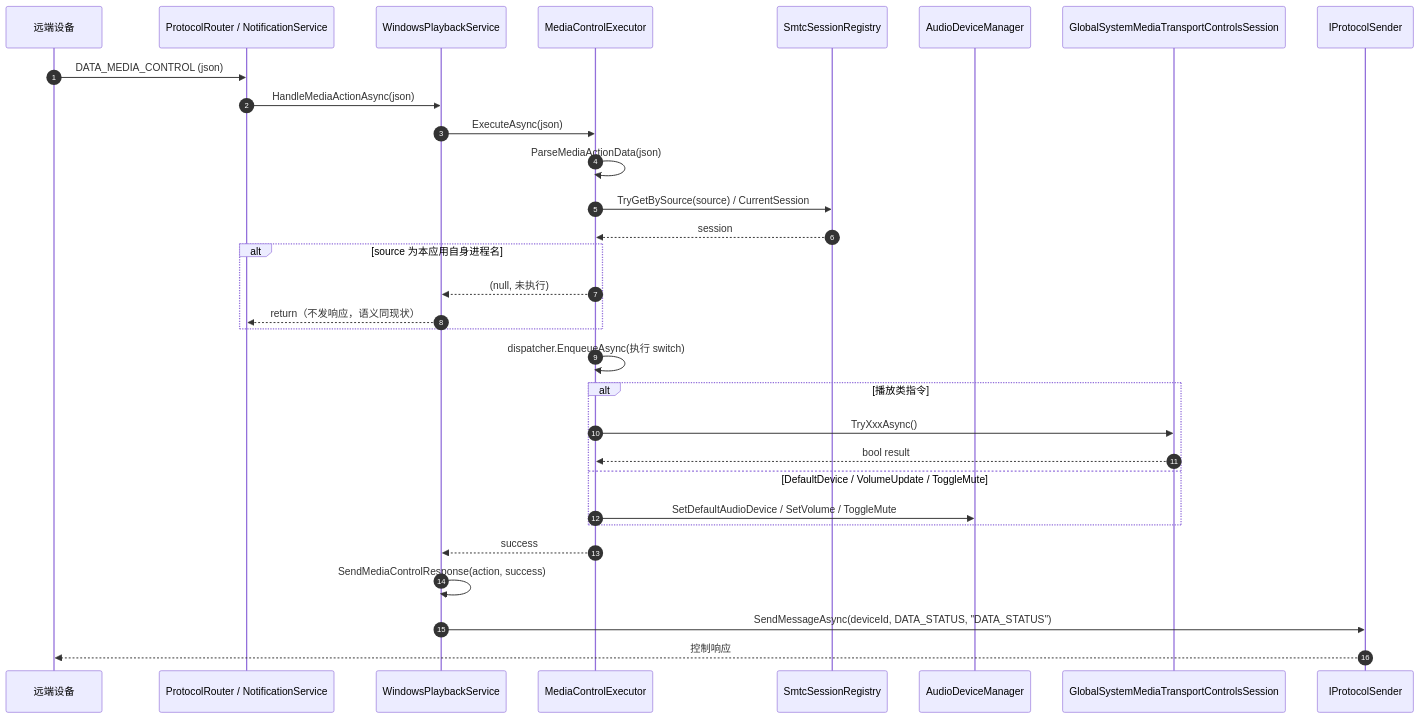
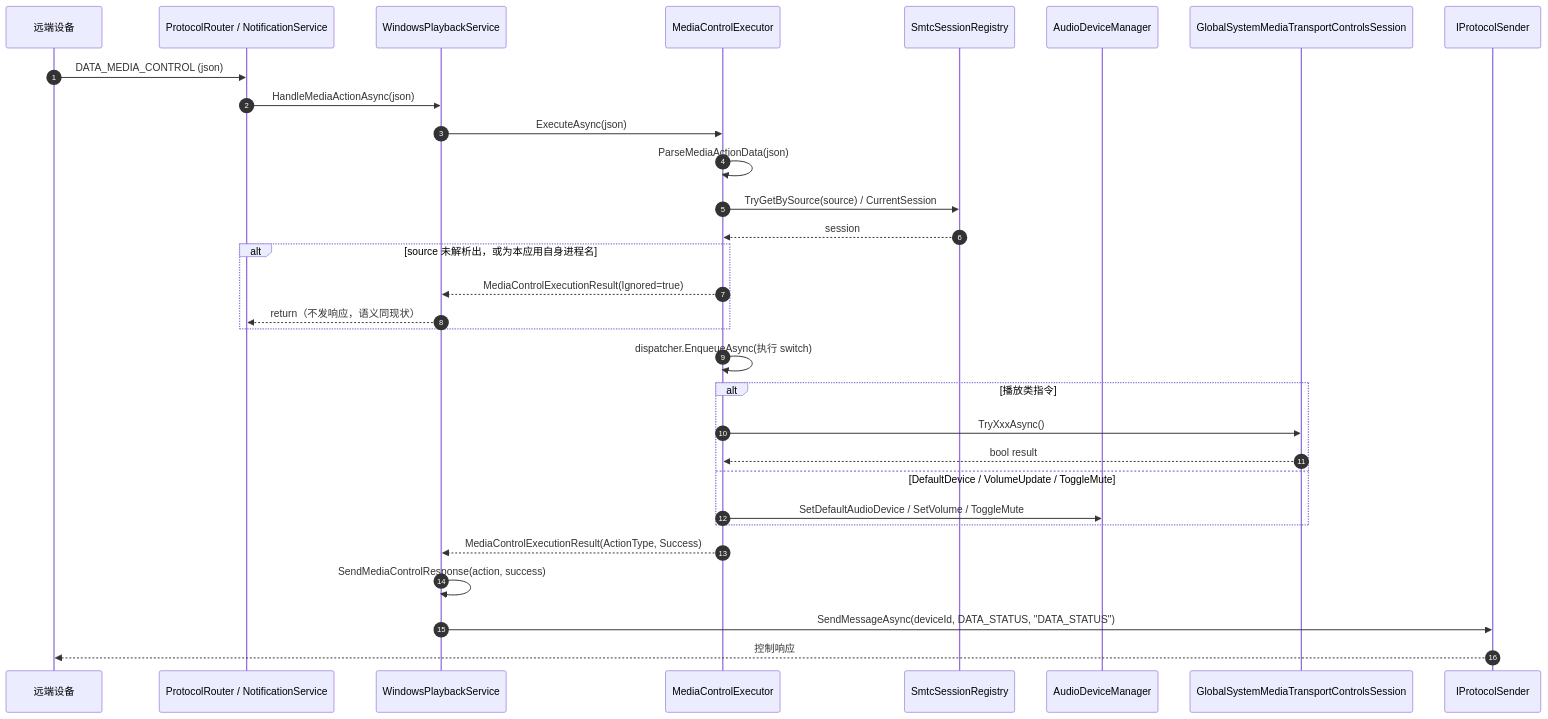
One commit to NotifyRelay/Windows changed the second of 4 diagrams in Docs/WindowsPlaybackServiceSplitPlan.md. Above: the diagram before and after it, drawn with Mermaid. The commit also changed other lines of this file, not shown here.

First line of the commit message:
docs(analysis): 同步拆分计划时序图与验收标准至实际实现

````diff
--- a/Docs/WindowsPlaybackServiceSplitPlan.md
+++ b/Docs/WindowsPlaybackServiceSplitPlan.md
@@ -271,34 +273,34 @@
 ```mermaid
 sequenceDiagram
     autonumber
     participant Remote as 远端设备
     participant Router as ProtocolRouter / NotificationService
     participant Svc as WindowsPlaybackService
     participant Exec as MediaControlExecutor
     participant Reg as SmtcSessionRegistry
     participant Audio as AudioDeviceManager
     participant SMTC as GlobalSystemMediaTransportControlsSession
     participant Sender as IProtocolSender
 
     Remote->>Router: DATA_MEDIA_CONTROL (json)
     Router->>Svc: HandleMediaActionAsync(json)
     Svc->>Exec: ExecuteAsync(json)
     Exec->>Exec: ParseMediaActionData(json)
     Exec->>Reg: TryGetBySource(source) / CurrentSession
     Reg-->>Exec: session
-    alt source 为本应用自身进程名
-        Exec-->>Svc: (null, 未执行)
+    alt source 未解析出，或为本应用自身进程名
+        Exec-->>Svc: MediaControlExecutionResult(Ignored=true)
         Svc-->>Router: return（不发响应，语义同现状）
     end
     Exec->>Exec: dispatcher.EnqueueAsync(执行 switch)
     alt 播放类指令
         Exec->>SMTC: TryXxxAsync()
         SMTC-->>Exec: bool result
     else DefaultDevice / VolumeUpdate / ToggleMute
         Exec->>Audio: SetDefaultAudioDevice / SetVolume / ToggleMute
     end
-    Exec-->>Svc: success
+    Exec-->>Svc: MediaControlExecutionResult(ActionType, Success)
     Svc->>Svc: SendMediaControlResponse(action, success)
     Svc->>Sender: SendMessageAsync(deviceId, DATA_STATUS, "DATA_STATUS")
     Sender-->>Remote: 控制响应
 ```
````
